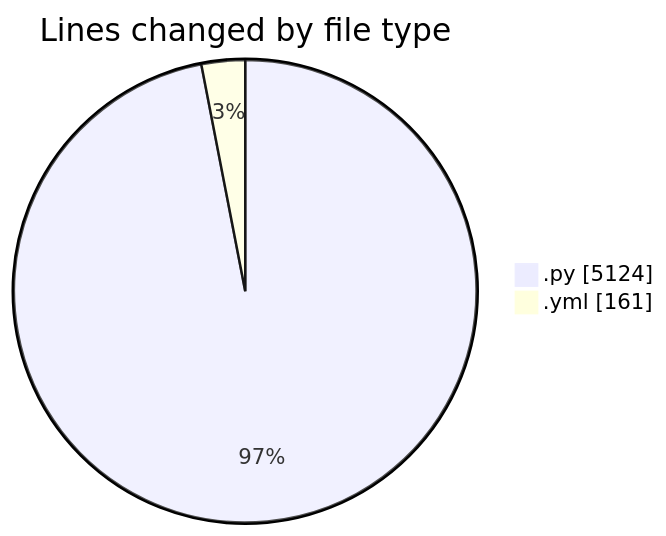
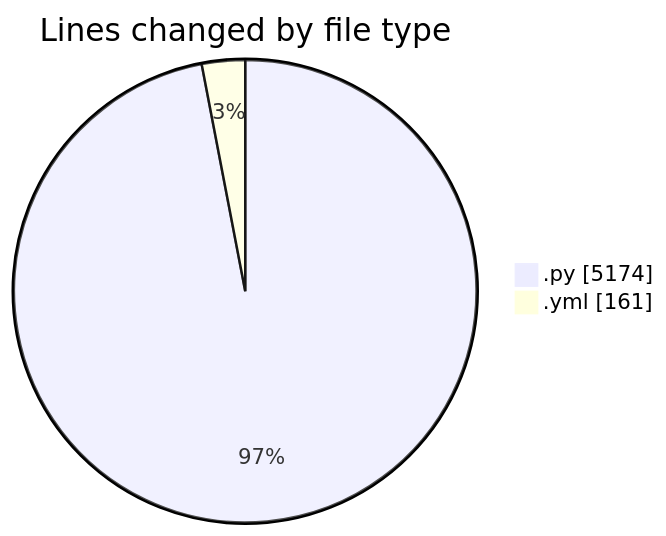
Before and after one commit to julien-gomy/code-tracking: the first of 2 diagrams in 2025-10-15/eventscop-api-guide__workspace_/README.md, drawn with Mermaid. The commit also changed other lines of this file and 1 other file, not shown here.

````diff
--- a/2025-10-15/eventscop-api-guide__workspace_/README.md
+++ b/2025-10-15/eventscop-api-guide__workspace_/README.md
@@ -32,6 +32,6 @@
 ```mermaid
 pie showData
 title Lines changed by file type
-".py" : 5124
+".py" : 5174
 ".yml" : 161
 ```
````
